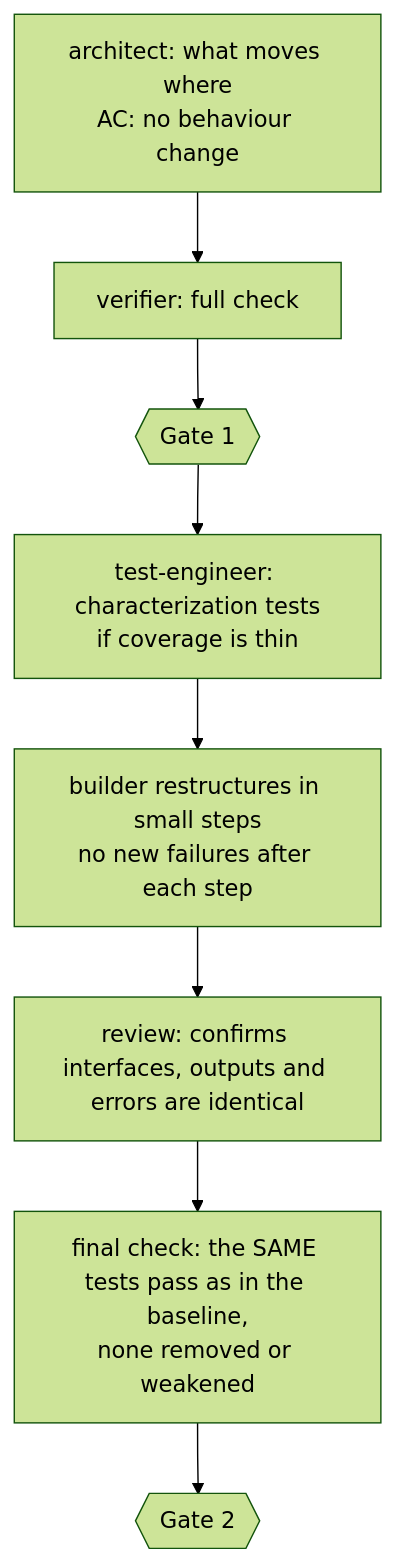
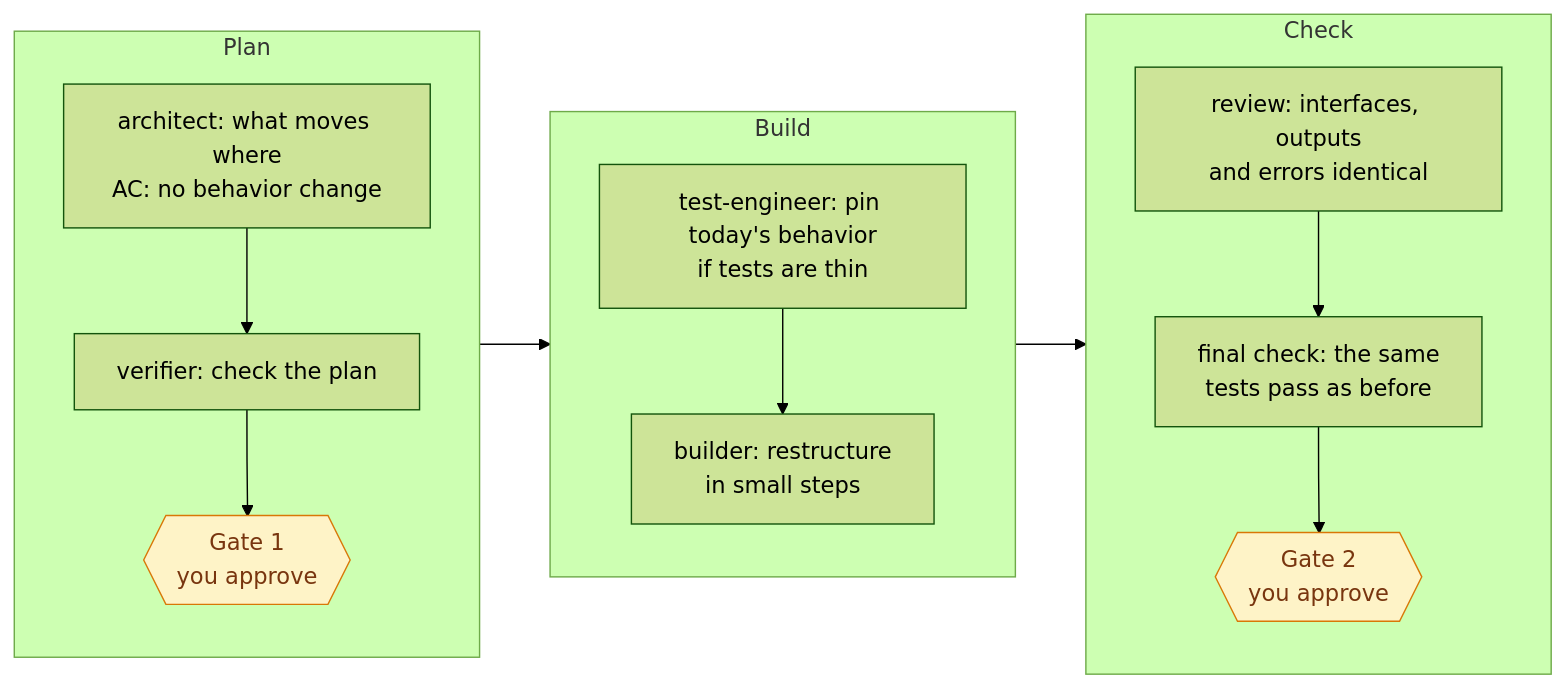
The fourth of 6 diagrams in docs/flows.md (suryas91/claude-skills), drawn with Mermaid (forest theme) before and after one commit. The commit also changed other lines of this file and 31 other files, not shown here.

````diff
--- a/docs/flows.md
+++ b/docs/flows.md
@@ -85,8 +125,18 @@
 ```mermaid
-flowchart TD
-    A[architect: what moves where<br/>AC: no behaviour change] --> FC[verifier: full check] --> G1{{Gate 1}}
-    G1 --> CT[test-engineer: characterization tests<br/>if coverage is thin]
-    CT --> B[builder restructures in small steps<br/>no new failures after each step]
-    B --> REV[review: confirms interfaces, outputs and errors are identical]
-    REV --> FIN[final check: the SAME tests pass as in the baseline,<br/>none removed or weakened] --> G2{{Gate 2}}
+flowchart LR
+    subgraph P [Plan]
+        direction TB
+        A[architect: what moves where<br/>AC: no behavior change] --> V1[verifier: check the plan] --> G1{{Gate 1<br/>you approve}}
+    end
+    subgraph B [Build]
+        direction TB
+        CT[test-engineer: pin today's behavior<br/>if tests are thin] --> X[builder: restructure<br/>in small steps]
+    end
+    subgraph K [Check]
+        direction TB
+        R[review: interfaces, outputs<br/>and errors identical] --> F[final check: the same<br/>tests pass as before] --> G2{{Gate 2<br/>you approve}}
+    end
+    P --> B --> K
+    classDef gate fill:#fef3c7,stroke:#d97706,color:#78350f
+    class G1,G2 gate
 ```
````
